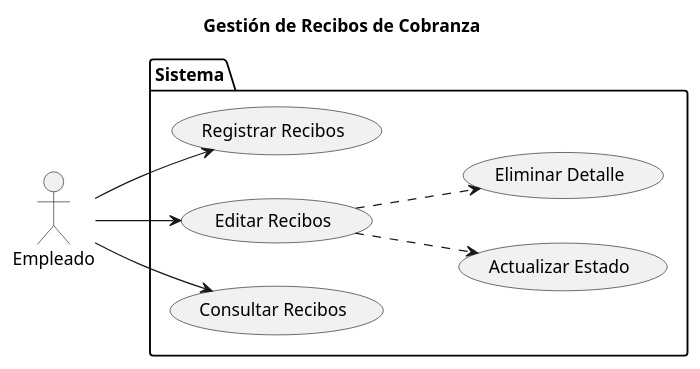
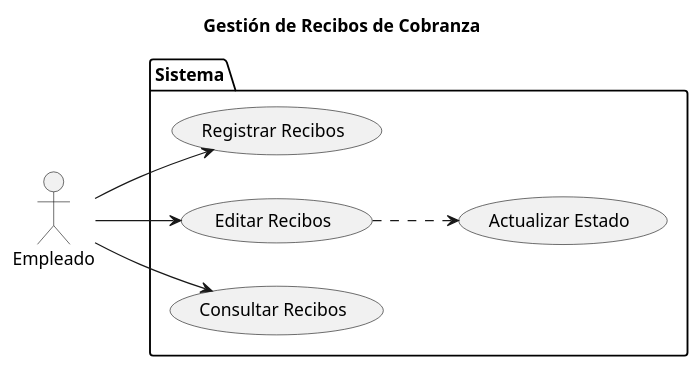
Before and after one commit to marcelolezcanodev/GarageGuru: the diagram in Diagramas/caso_de_uso_Recibos.plantuml, drawn with PlantUML. The commit also changed 28 other files, not shown here.

Commit message:
Agregar mas diagramas de actividades

```diff
--- a/Diagramas/caso_de_uso_Recibos.plantuml
+++ b/Diagramas/caso_de_uso_Recibos.plantuml
@@ -1,25 +1,25 @@
 @startuml CU_Recibo
 
 left to right direction
 
 title Gestión de Recibos de Cobranza
 
 actor Empleado as User
 
 package Sistema {
 
     USECASE "Registrar Recibos" as UC_Registrar
     USECASE "Editar Recibos" as UC_Editar
     USECASE "Consultar Recibos" as UC_Consultar
     USECASE "Actualizar Estado" as UC_Editar_Estado
-    USECASE "Eliminar Detalle" as UC_Eliminar_Detalle
+    'USECASE "Eliminar Detalle" as UC_Eliminar_Detalle
 
 }
 
 User --> UC_Registrar
 User --> UC_Editar
 User --> UC_Consultar
 UC_Editar ..> UC_Editar_Estado
-UC_Editar ..> UC_Eliminar_Detalle
+'UC_Editar ..> UC_Eliminar_Detalle
 
 @enduml
```
